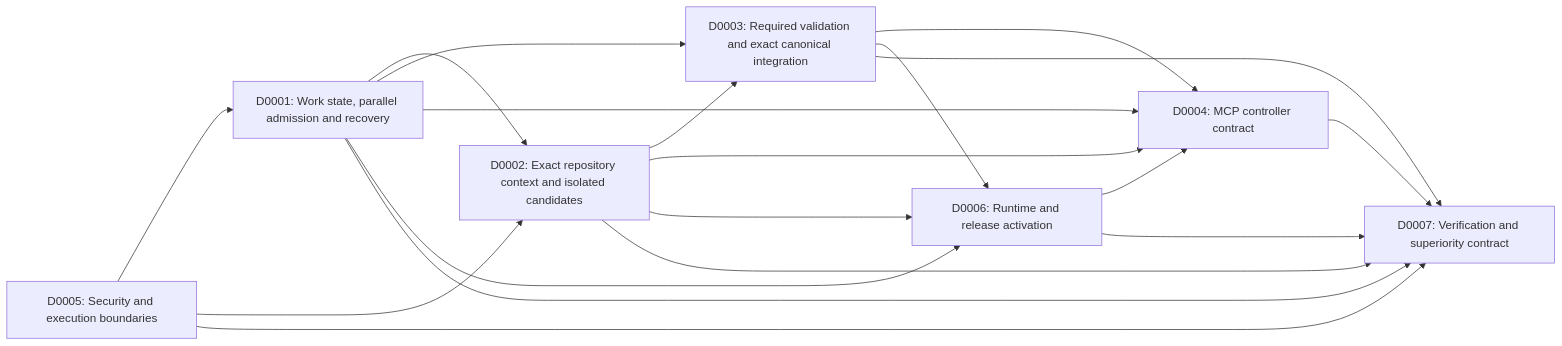
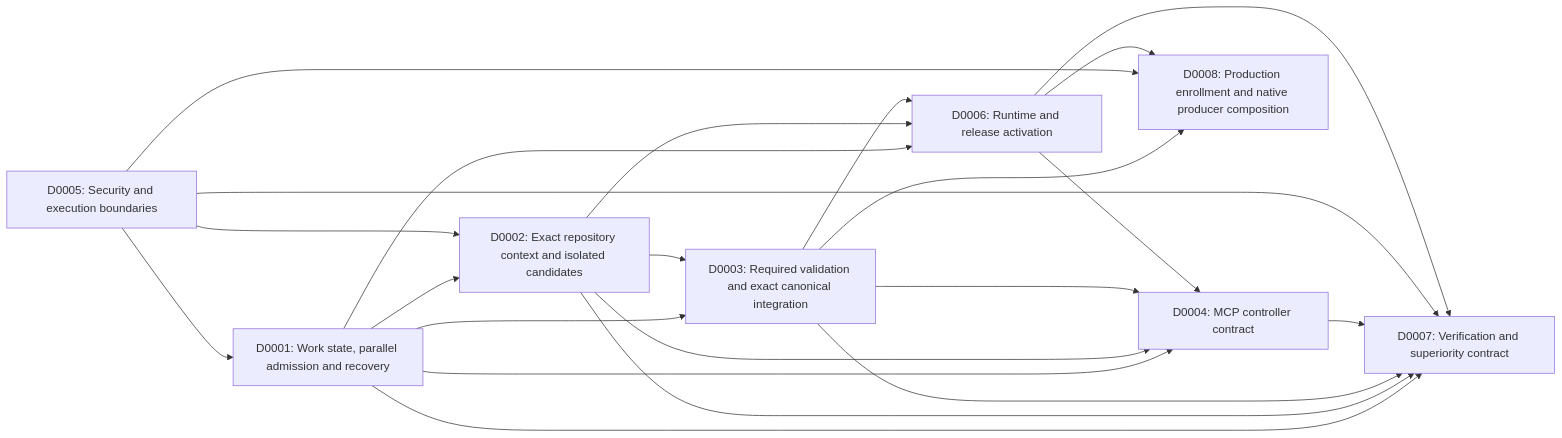
Before and after one commit to humtr/tdev: the diagram in docs/design/INDEX.md, drawn with Mermaid. The commit also changed other lines of this file and 37 other files, not shown here.

Commit message:
feat(release): join private production enrollment to native release runtime

````diff
--- a/docs/design/INDEX.md
+++ b/docs/design/INDEX.md
@@ -20,28 +21,32 @@
 ```mermaid
 flowchart LR
   D0001["D0001: Work state, parallel admission and recovery"]
   D0002["D0002: Exact repository context and isolated candidates"]
   D0003["D0003: Required validation and exact canonical integration"]
   D0004["D0004: MCP controller contract"]
   D0005["D0005: Security and execution boundaries"]
   D0006["D0006: Runtime and release activation"]
   D0007["D0007: Verification and superiority contract"]
+  D0008["D0008: Production enrollment and native producer composition"]
   D0005 --> D0001
   D0001 --> D0002
   D0005 --> D0002
   D0001 --> D0003
   D0002 --> D0003
   D0001 --> D0004
   D0002 --> D0004
   D0003 --> D0004
   D0006 --> D0004
   D0001 --> D0006
   D0002 --> D0006
   D0003 --> D0006
   D0001 --> D0007
   D0002 --> D0007
   D0003 --> D0007
   D0004 --> D0007
   D0005 --> D0007
   D0006 --> D0007
+  D0003 --> D0008
+  D0005 --> D0008
+  D0006 --> D0008
 ```
````
